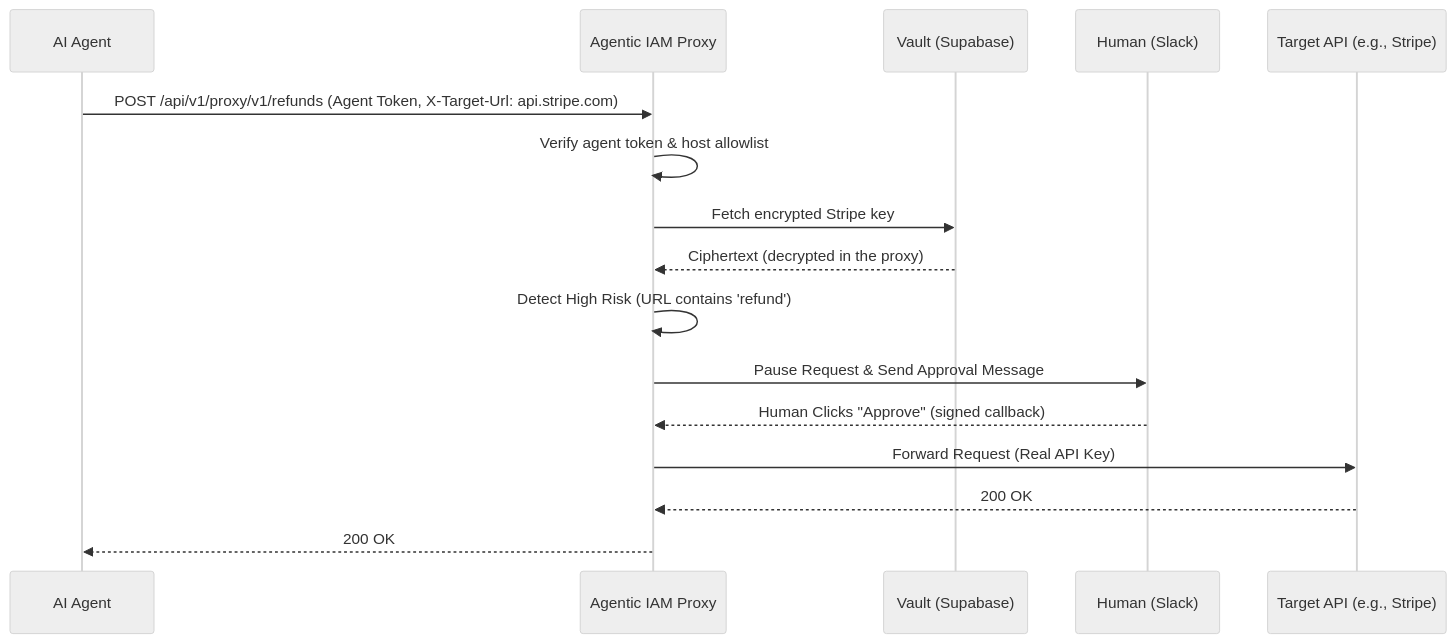
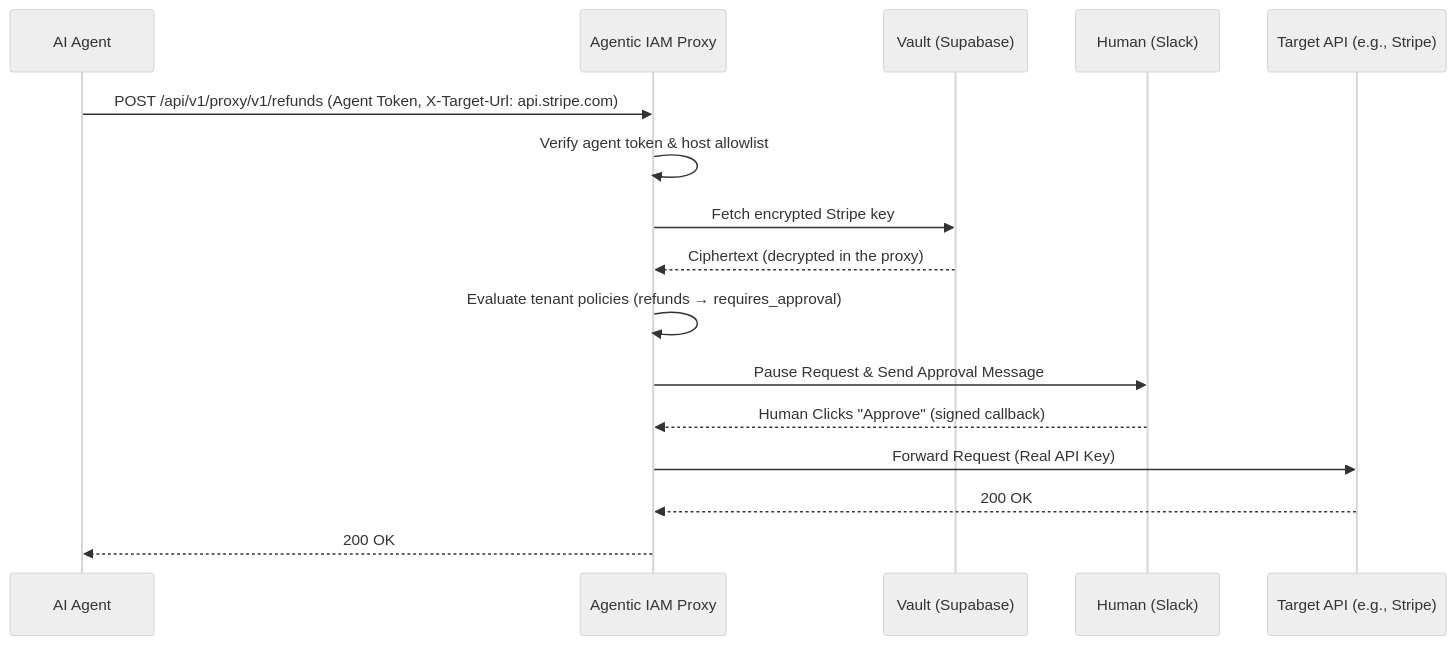
The diagram in README.md (tusharfc/agentic-iam-proxy), drawn with Mermaid (neutral theme) before and after one commit. The commit also changed other lines of this file and 8 other files, not shown here.

````diff
--- a/README.md
+++ b/README.md
@@ -7,19 +7,19 @@
 ```mermaid
 sequenceDiagram
     participant Agent as AI Agent
     participant Proxy as Agentic IAM Proxy
     participant Vault as Vault (Supabase)
     participant Slack as Human (Slack)
     participant API as Target API (e.g., Stripe)
 
     Agent->>Proxy: POST /api/v1/proxy/v1/refunds (Agent Token, X-Target-Url: api.stripe.com)
     Proxy->>Proxy: Verify agent token & host allowlist
     Proxy->>Vault: Fetch encrypted Stripe key
     Vault-->>Proxy: Ciphertext (decrypted in the proxy)
-    Proxy->>Proxy: Detect High Risk (URL contains 'refund')
+    Proxy->>Proxy: Evaluate tenant policies (refunds → requires_approval)
     Proxy->>Slack: Pause Request & Send Approval Message
     Slack-->>Proxy: Human Clicks "Approve" (signed callback)
     Proxy->>API: Forward Request (Real API Key)
     API-->>Proxy: 200 OK
     Proxy-->>Agent: 200 OK
 ```
````
